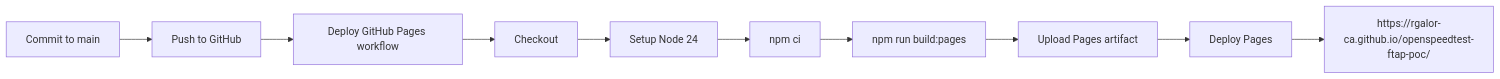
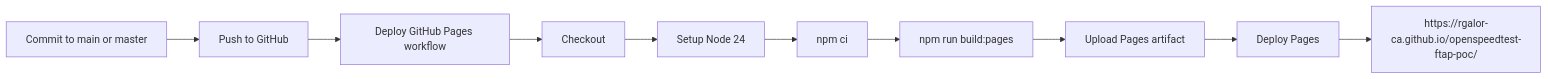
Before and after one commit to rgalor-ca/openspeedtest-ftap-poc: the eighth of 11 diagrams in docs/DOCUMENTATION.md, drawn with Mermaid. The commit also changed other lines of this file and 19 other files, not shown here.

````diff
--- a/docs/DOCUMENTATION.md
+++ b/docs/DOCUMENTATION.md
@@ -306,15 +320,15 @@
 ```mermaid
 flowchart LR
-  Commit["Commit to main"]
+  Commit["Commit to main or master"]
   Push["Push to GitHub"]
   Workflow["Deploy GitHub Pages workflow"]
   Checkout["Checkout"]
   Node["Setup Node 24"]
   Install["npm ci"]
   Build["npm run build:pages"]
   Artifact["Upload Pages artifact"]
   Deploy["Deploy Pages"]
   Site["https://rgalor-ca.github.io/openspeedtest-ftap-poc/"]
 
   Commit --> Push --> Workflow --> Checkout --> Node --> Install --> Build --> Artifact --> Deploy --> Site
 ```
````
